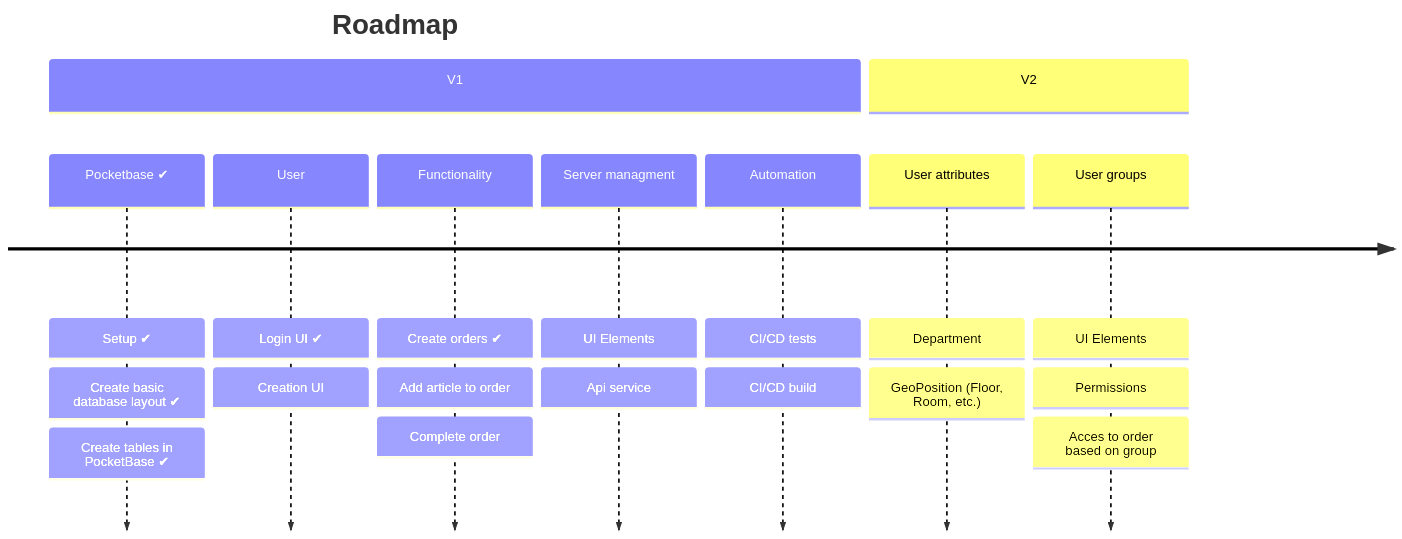
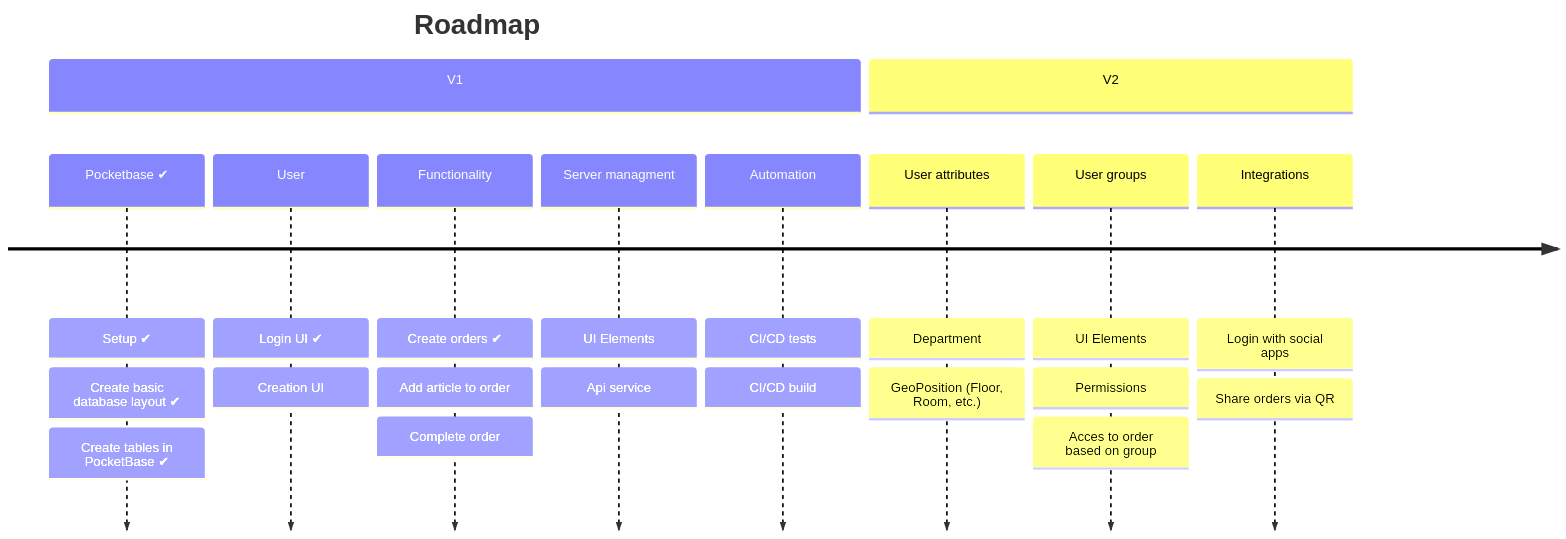
The first of 2 diagrams in README.md (B4T3S/Snacctime), drawn with Mermaid before and after one commit.

Commit message:
Update README.md
Add integrations to V2 roadmap

````diff
--- a/README.md
+++ b/README.md
@@ -8,30 +8,33 @@
 ```mermaid
 timeline
     title Roadmap
     section V1
     Pocketbase ✔
         : Setup ✔
         : Create basic database layout ✔
         : Create tables in PocketBase ✔
     User
         : Login UI ✔
         : Creation UI
     Functionality
         : Create orders ✔
         : Add article to order
         : Complete order
     Server managment
         : UI Elements 
         : Api service
     Automation
         : CI/CD tests
         : CI/CD build
     section V2
     User attributes 
         : Department 
         : GeoPosition (Floor, Room, etc.)
     User groups 
         : UI Elements
         : Permissions
         : Acces to order based on group
+    Integrations
+        : Login with social apps
+        : Share orders via QR
 ```
````
